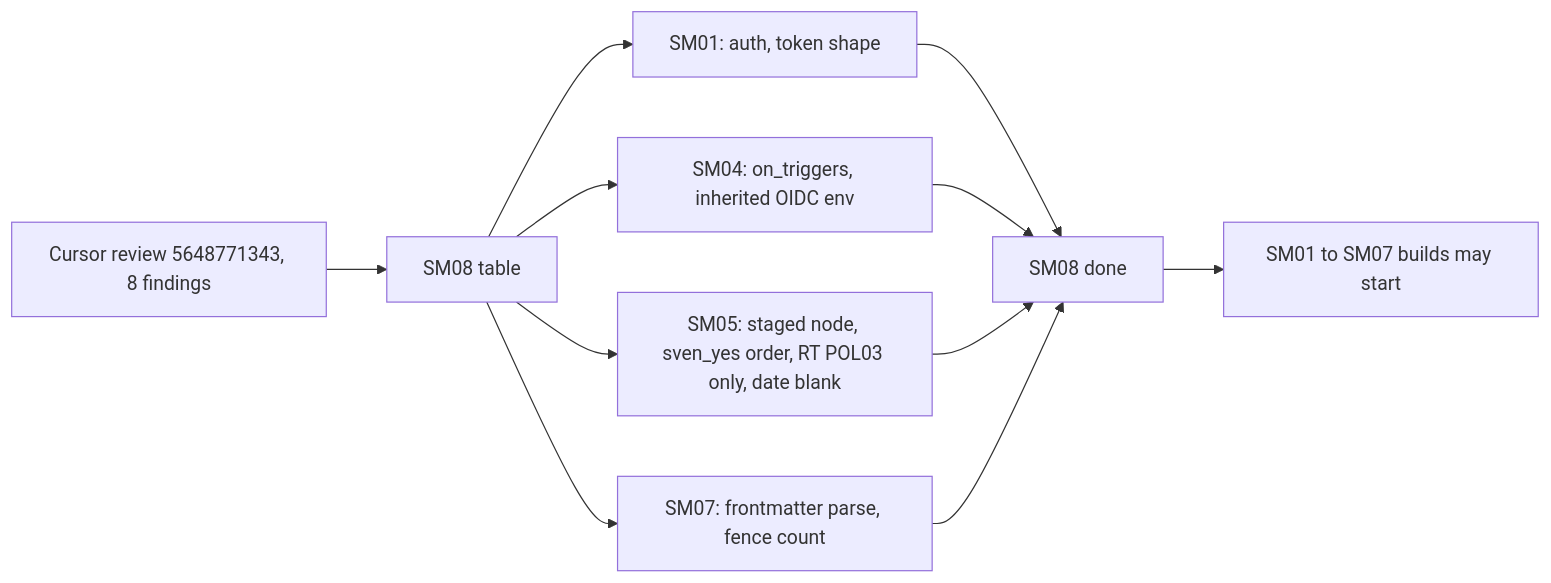
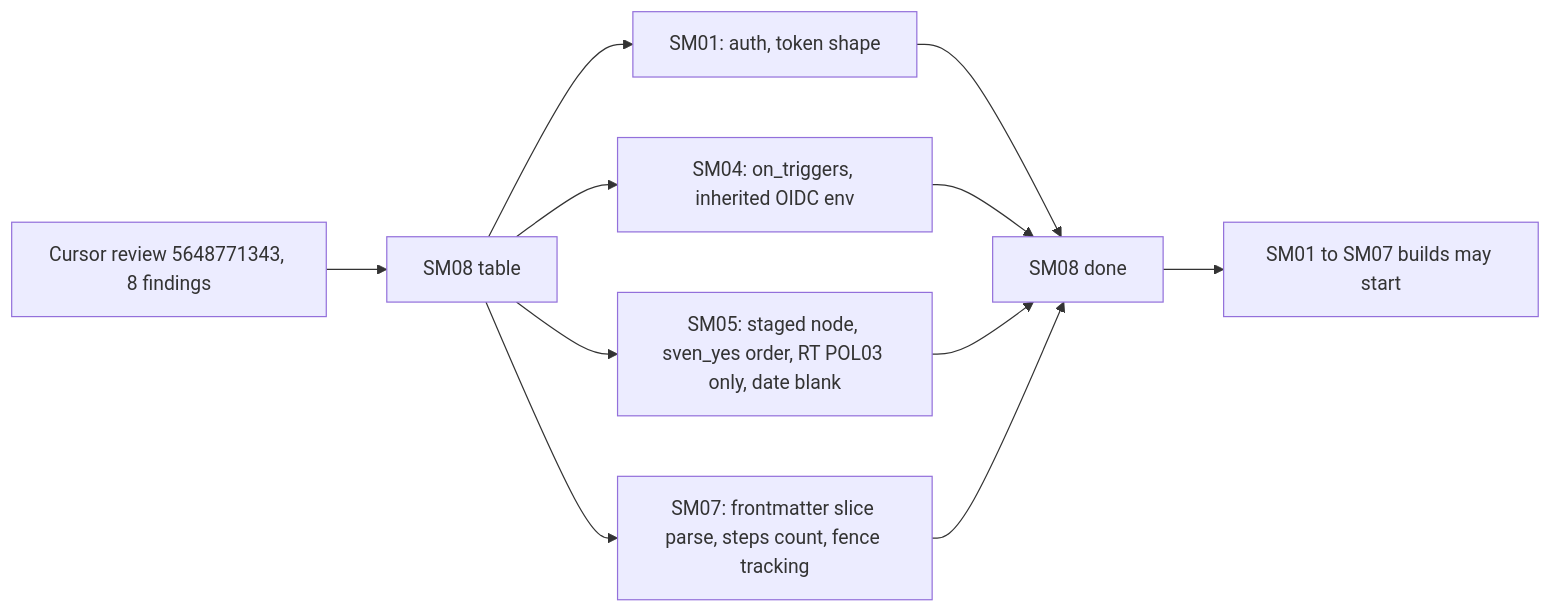
The first of 2 diagrams in docs/pbi/smoke/SM08-cursor-findings.md (svennijhuis/agentic-workflows), drawn with Mermaid before and after one commit. The commit also changed other lines of this file and 2 other files, not shown here.

Commit message:
docs(pbi): SM08 Cursor review 5651657748 (SM07 frontmatter slice, steps and fence tracking; POL25_CFG and sven_yes cases; SM04 empty and shape trigger fixtures; POL03 entry-only extra; drop parallel label; Reviewer done/ link note)

````diff
--- a/docs/pbi/smoke/SM08-cursor-findings.md
+++ b/docs/pbi/smoke/SM08-cursor-findings.md
@@ -65,13 +66,13 @@
 ```mermaid
 flowchart LR
   R[Cursor review 5648771343, 8 findings] --> S8[SM08 table]
   S8 --> E1[SM01: auth, token shape]
   S8 --> E4[SM04: on_triggers, inherited OIDC env]
   S8 --> E5[SM05: staged node, sven_yes order, RT POL03 only, date blank]
-  S8 --> E7[SM07: frontmatter parse, fence count]
+  S8 --> E7[SM07: frontmatter slice parse, steps count, fence tracking]
   E1 --> G[SM08 done]
   E4 --> G
   E5 --> G
   E7 --> G
   G --> B[SM01 to SM07 builds may start]
 ```
````
